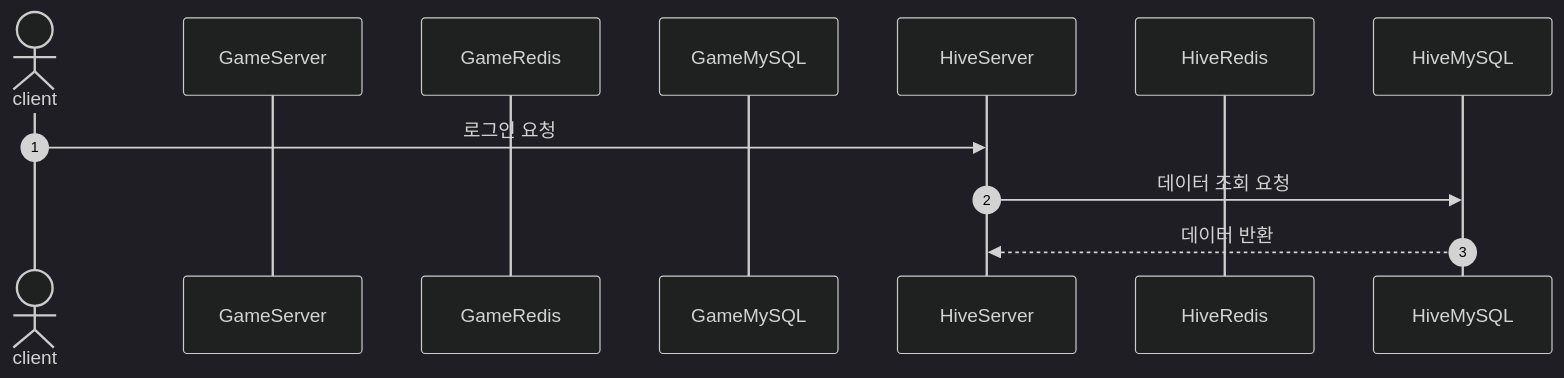
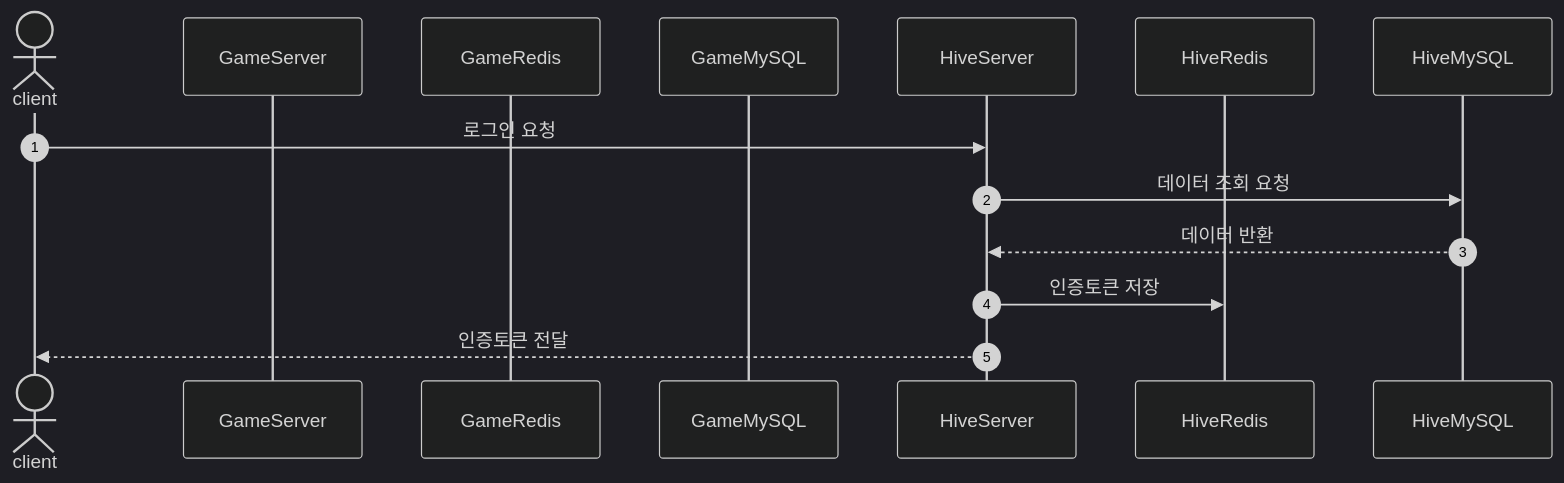
The second of 2 diagrams in SequenceDiagram.md (hhes0225/OmokServer), drawn with Mermaid (dark theme) before and after one commit.

````diff
--- a/SequenceDiagram.md
+++ b/SequenceDiagram.md
@@ -16,15 +16,17 @@
 ```mermaid
 sequenceDiagram
   autonumber
   actor A as client
   participant B as GameServer
   participant C as GameRedis
   participant D as GameMySQL
   participant E as HiveServer
   participant F as HiveRedis
   participant G as HiveMySQL
   A->>E:로그인 요청
   E->>G: 데이터 조회 요청
   G-->>E: 데이터 반환
+  E->>F: 인증토큰 저장
+  E-->>A: 인증토큰 전달
   
 ```
````
